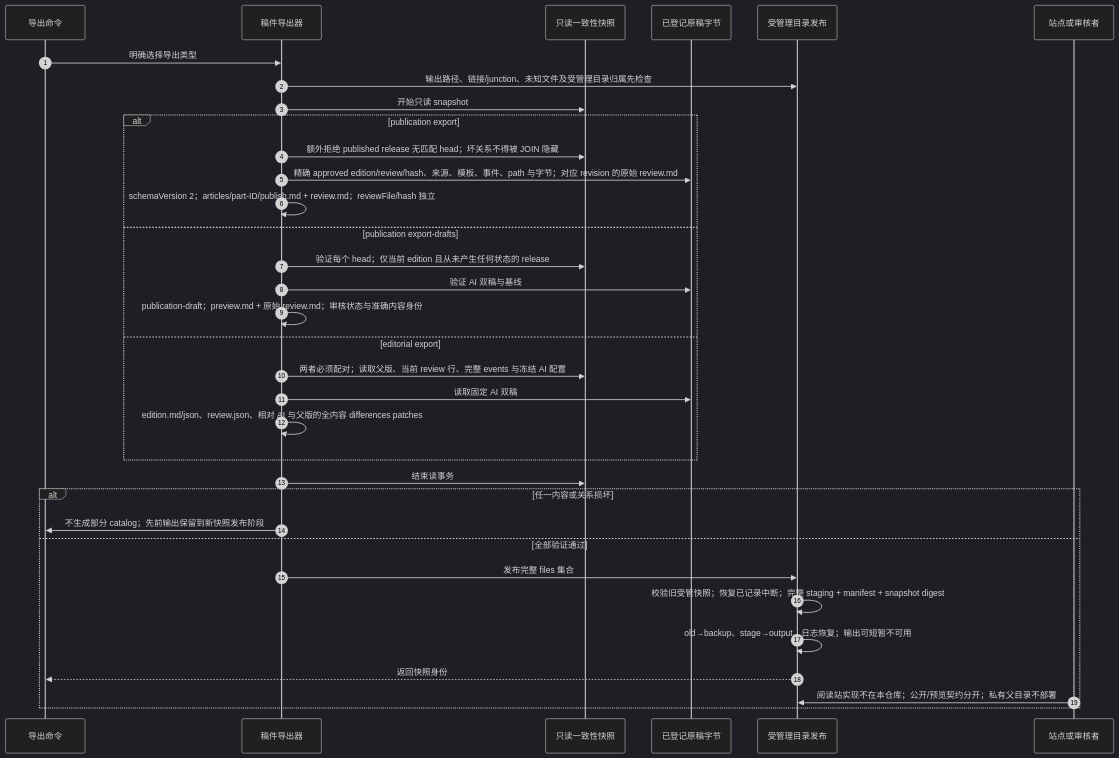
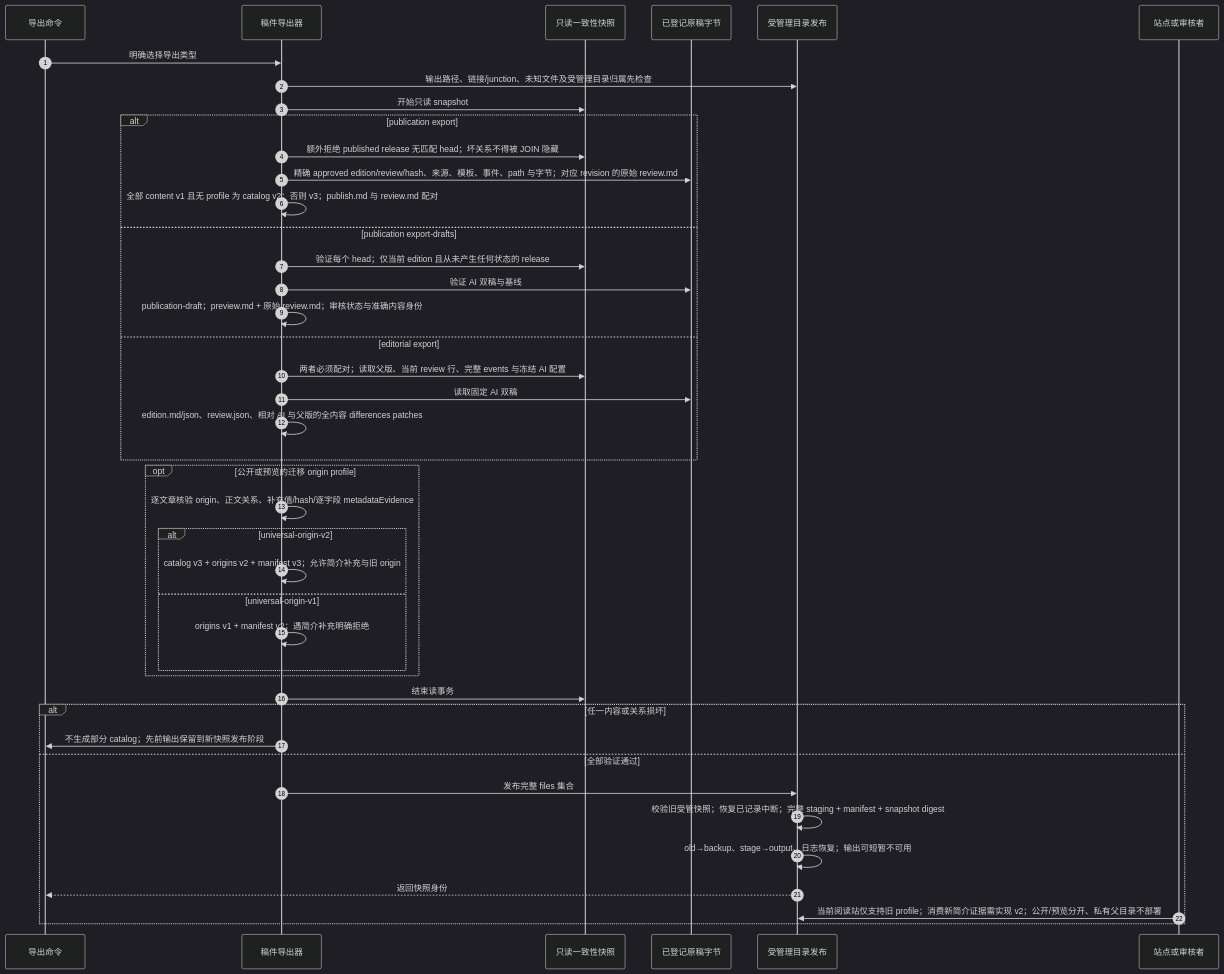
The diagram in docs/sequences/12-reader-private-export.md (SuperCatQR/bilibili-asr-archive), drawn with Mermaid (dark theme) before and after one commit. The commit also changed other lines of this file and 105 other files, not shown here.

First line of the commit message:
docs: refresh architecture diagrams for source metadata migration

````diff
--- a/docs/sequences/12-reader-private-export.md
+++ b/docs/sequences/12-reader-private-export.md
@@ -9,36 +9,44 @@
 ```mermaid
 sequenceDiagram
     autonumber
     participant cli as 导出命令
     participant exporter as 稿件导出器
     participant db as 只读一致性快照
     participant artifacts as 已登记原稿字节
     participant snapshot as 受管理目录发布
     participant consumer as 站点或审核者
     cli->>exporter: 明确选择导出类型
     exporter->>snapshot: 输出路径、链接/junction、未知文件及受管理目录归属先检查
     exporter->>db: 开始只读 snapshot
     alt publication export
     exporter->>db: 额外拒绝 published release 无匹配 head；坏关系不得被 JOIN 隐藏
     exporter->>artifacts: 精确 approved edition/review/hash、来源、模板、事件、path 与字节；对应 revision 的原始 review.md
-    exporter->>exporter: schemaVersion 2；articles/part-ID/publish.md + review.md；reviewFile/hash 独立
+    exporter->>exporter: 全部 content v1 且无 profile 为 catalog v2；否则 v3；publish.md 与 review.md 配对
     else publication export-drafts
     exporter->>db: 验证每个 head；仅当前 edition 且从未产生任何状态的 release
     exporter->>artifacts: 验证 AI 双稿与基线
     exporter->>exporter: publication-draft；preview.md + 原始 review.md；审核状态与准确内容身份
     else editorial export
     exporter->>db: 两者必须配对；读取父版、当前 review 行、完整 events 与冻结 AI 配置
     exporter->>artifacts: 读取固定 AI 双稿
     exporter->>exporter: edition.md/json、review.json、相对 AI 与父版的全内容 differences patches
     end
+    opt 公开或预览的迁移 origin profile
+    exporter->>exporter: 逐文章核验 origin、正文关系、补充值/hash/逐字段 metadataEvidence
+    alt universal-origin-v2
+    exporter->>exporter: catalog v3 + origins v2 + manifest v3；允许简介补充与旧 origin
+    else universal-origin-v1
+    exporter->>exporter: origins v1 + manifest v2；遇简介补充明确拒绝
+    end
+    end
     exporter->>db: 结束读事务
     alt 任一内容或关系损坏
     exporter->>cli: 不生成部分 catalog；先前输出保留到新快照发布阶段
     else 全部验证通过
     exporter->>snapshot: 发布完整 files 集合
     snapshot->>snapshot: 校验旧受管快照；恢复已记录中断；完整 staging + manifest + snapshot digest
     snapshot->>snapshot: old→backup、stage→output、日志恢复；输出可短暂不可用
     snapshot-->>cli: 返回快照身份
-    consumer->>snapshot: 阅读站实现不在本仓库；公开/预览契约分开；私有父目录不部署
+    consumer->>snapshot: 当前阅读站仅支持旧 profile；消费新简介证据需实现 v2；公开/预览分开、私有父目录不部署
     end
 ```
````
